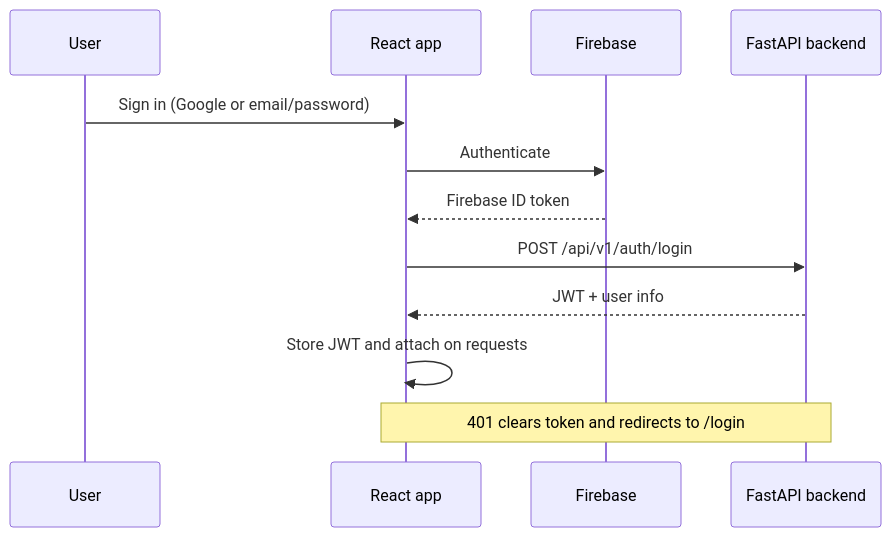
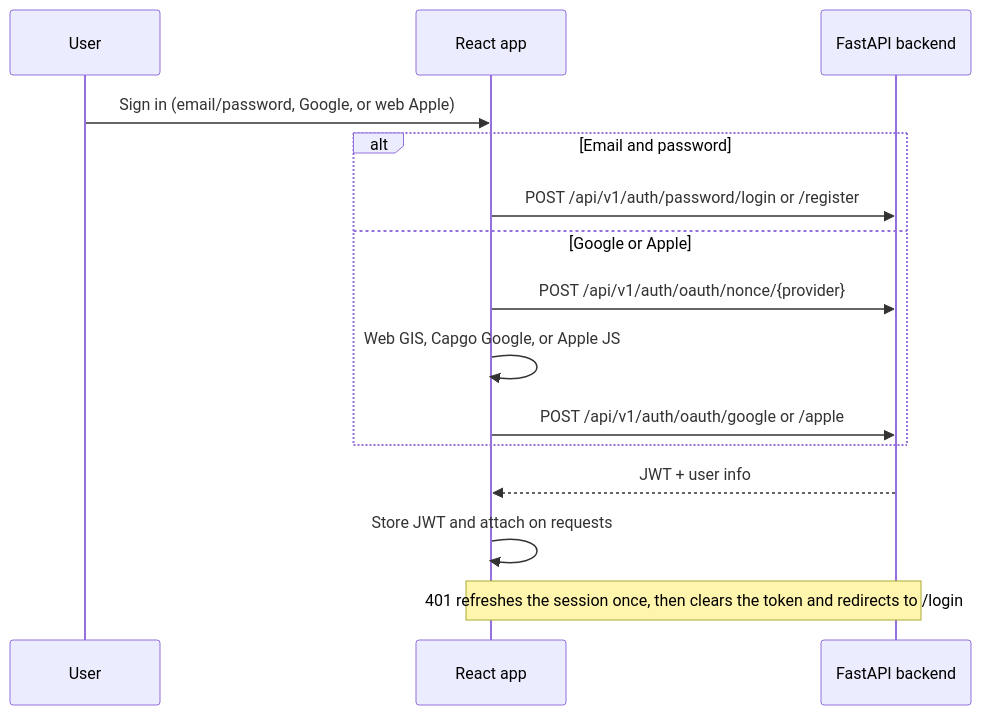
The second of 4 diagrams in README.md (mujakayadan/yarba-frontend), drawn with Mermaid before and after one commit. The commit also changed other lines of this file and 49 other files, not shown here.

First line of the commit message:
feat(auth)!: remove Firebase and use Capgo Google on Capacitor

````diff
--- a/README.md
+++ b/README.md
@@ -122,15 +122,18 @@
 ```mermaid
 sequenceDiagram
   participant User
   participant App as React app
-  participant FB as Firebase
   participant API as FastAPI backend
 
-  User->>App: Sign in (Google or email/password)
-  App->>FB: Authenticate
-  FB-->>App: Firebase ID token
-  App->>API: POST /api/v1/auth/login
+  User->>App: Sign in (email/password, Google, or web Apple)
+  alt Email and password
+    App->>API: POST /api/v1/auth/password/login or /register
+  else Google or Apple
+    App->>API: POST /api/v1/auth/oauth/nonce/{provider}
+    App->>App: Web GIS, Capgo Google, or Apple JS
+    App->>API: POST /api/v1/auth/oauth/google or /apple
+  end
   API-->>App: JWT + user info
   App->>App: Store JWT and attach on requests
-  Note over App,API: 401 clears token and redirects to /login
+  Note over App,API: 401 refreshes the session once, then clears the token and redirects to /login
 ```
````
